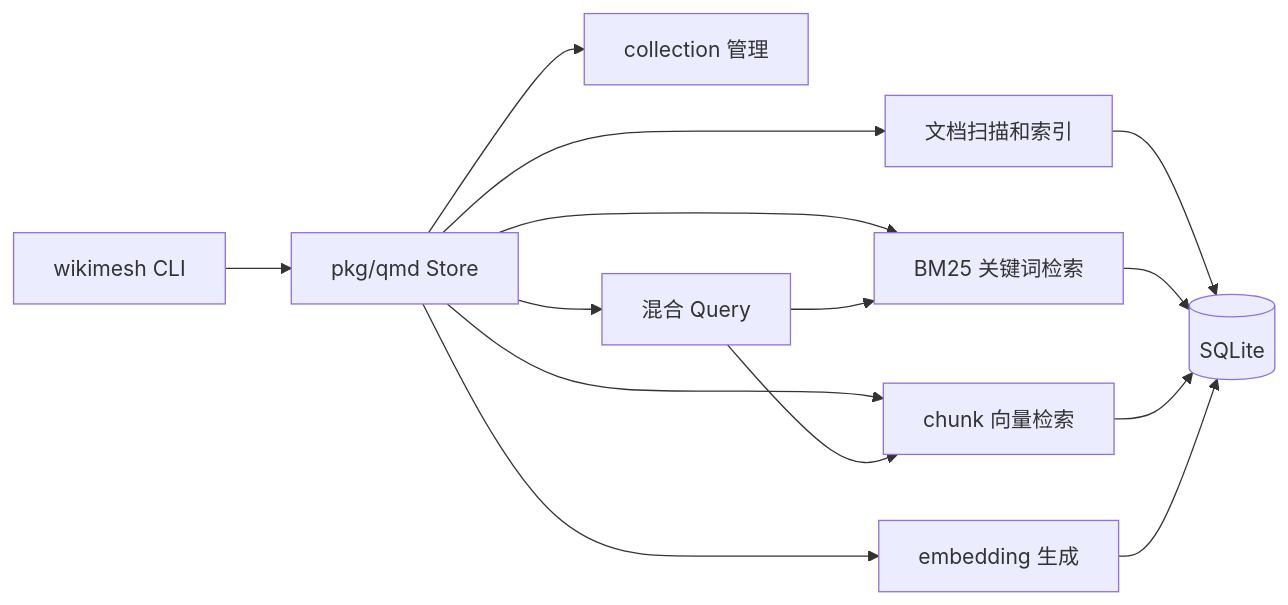
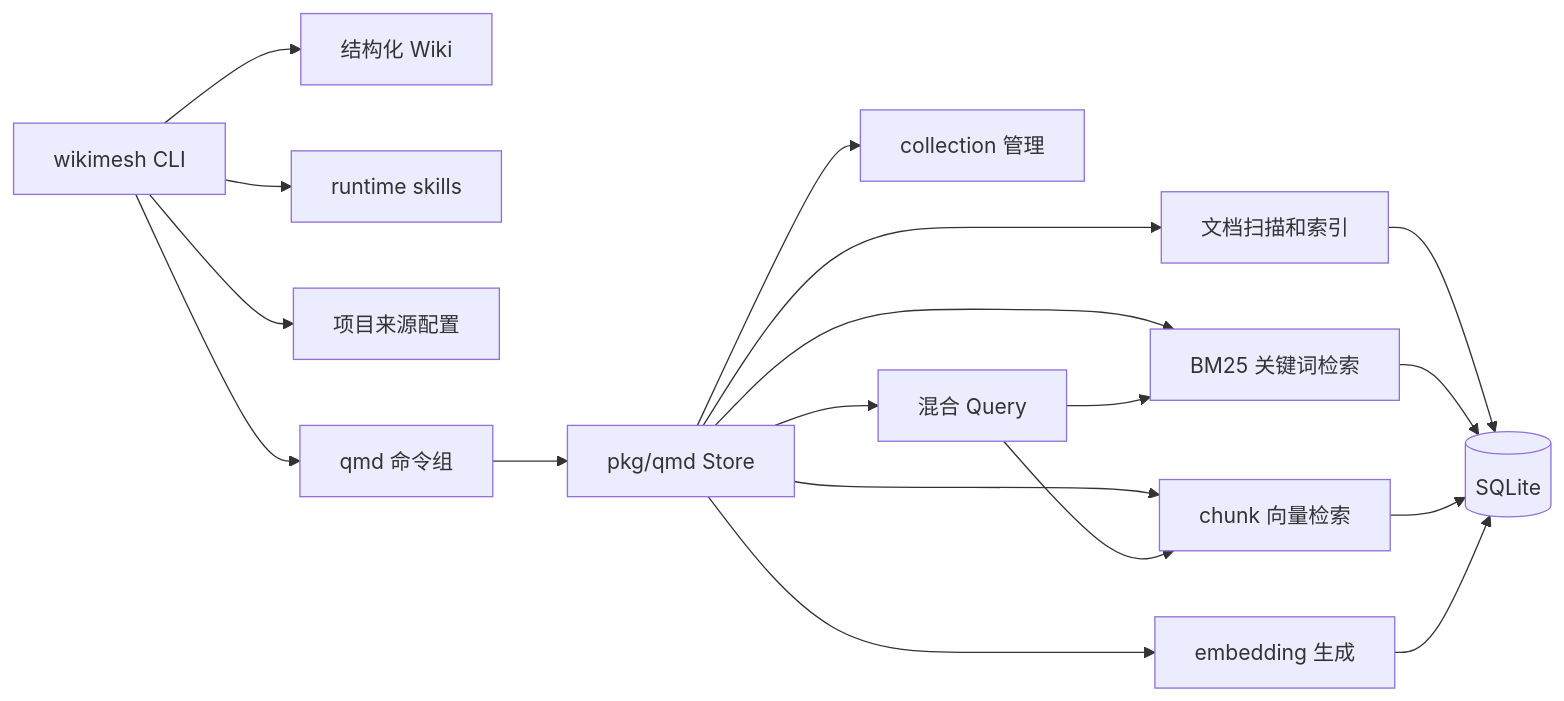
Before and after one commit to JieWaZi/wikimesh: the diagram in README.md, drawn with Mermaid. The commit also changed other lines of this file and 4 other files, not shown here.

````diff
--- a/README.md
+++ b/README.md
@@ -26,17 +38,20 @@
 ```mermaid
 flowchart LR
-    CLI[wikimesh CLI] --> SDK[pkg/qmd Store]
+    CLI[wikimesh CLI] --> WIKI[结构化 Wiki]
+    CLI --> SKILL[runtime skills]
+    CLI --> REPO[项目来源配置]
+    CLI --> QMD[qmd 命令组]
+    QMD --> SDK[pkg/qmd Store]
     SDK --> COL[collection 管理]
     SDK --> IDX[文档扫描和索引]
     SDK --> EMB[embedding 生成]
     SDK --> FTS[BM25 关键词检索]
     SDK --> VEC[chunk 向量检索]
     SDK --> HYB[混合 Query]
-
     IDX --> DB[(SQLite)]
     FTS --> DB
     VEC --> DB
     EMB --> DB
     HYB --> FTS
     HYB --> VEC
 ```
````
